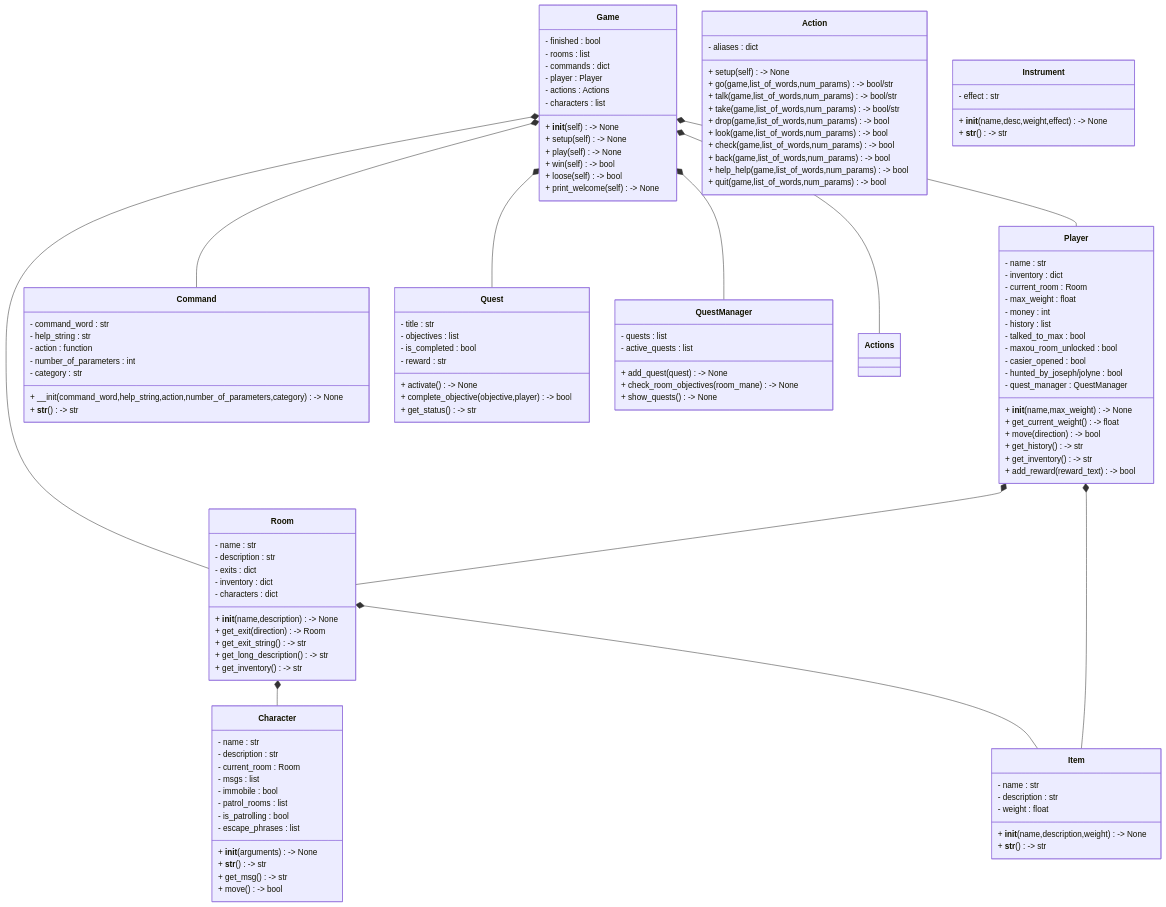
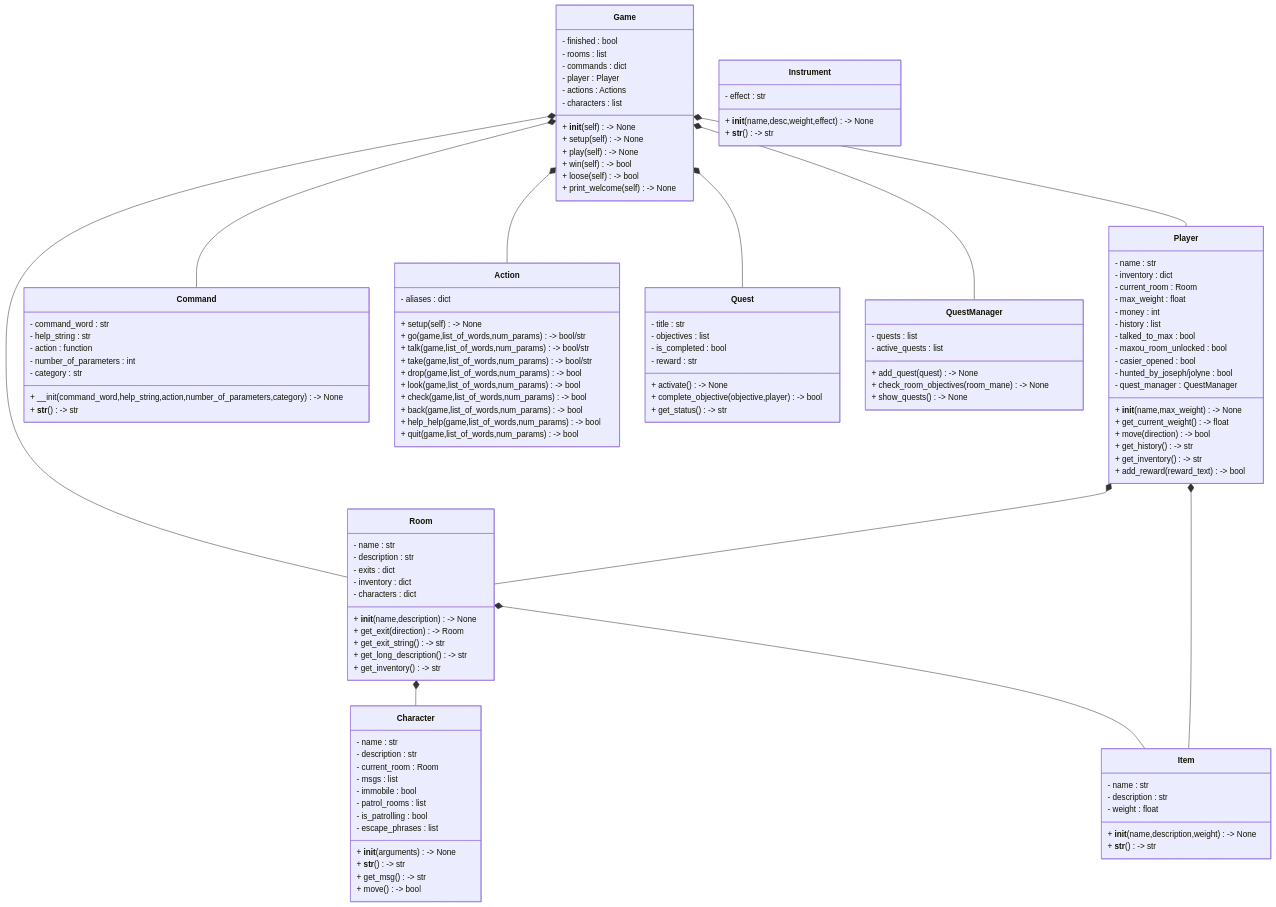
Before and after one commit to spelheart/TBA: the diagram in projet/README.md, drawn with Mermaid.

Commit message:
AAAAFRHJZDFSDF J'AI ENFIN FINI MERMAID git add .git add .git add .git add .git add .!

```diff
--- a/projet/README.md
+++ b/projet/README.md
@@ -226,7 +226,7 @@
     
     Game *-- Player
     Game *-- Room
-    Game *-- Actions
+    Game *-- Action
     Game *-- Command
     Room *-- Character
     Room *-- Item
```
